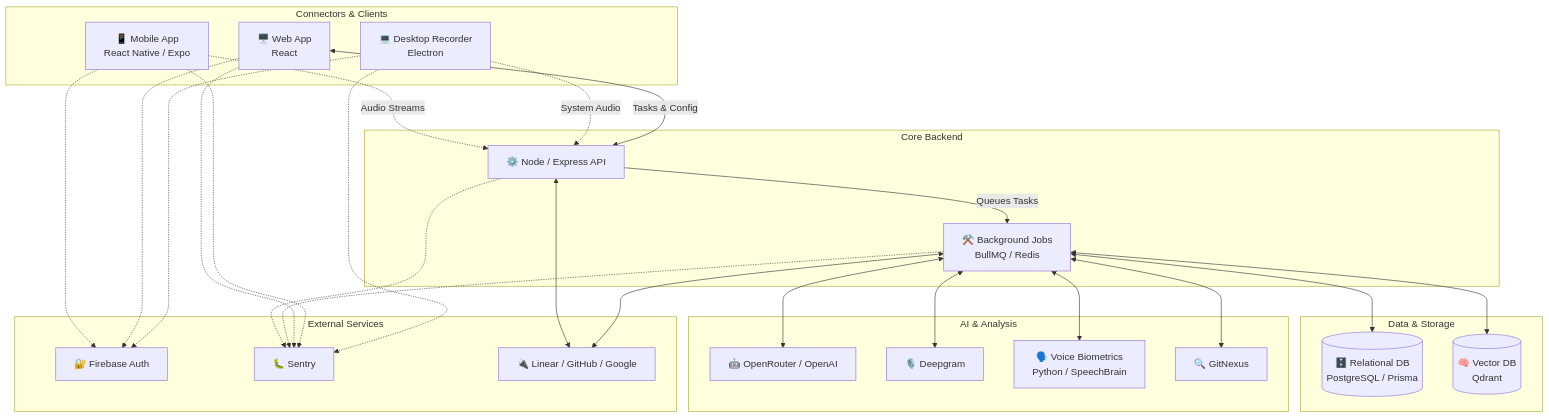
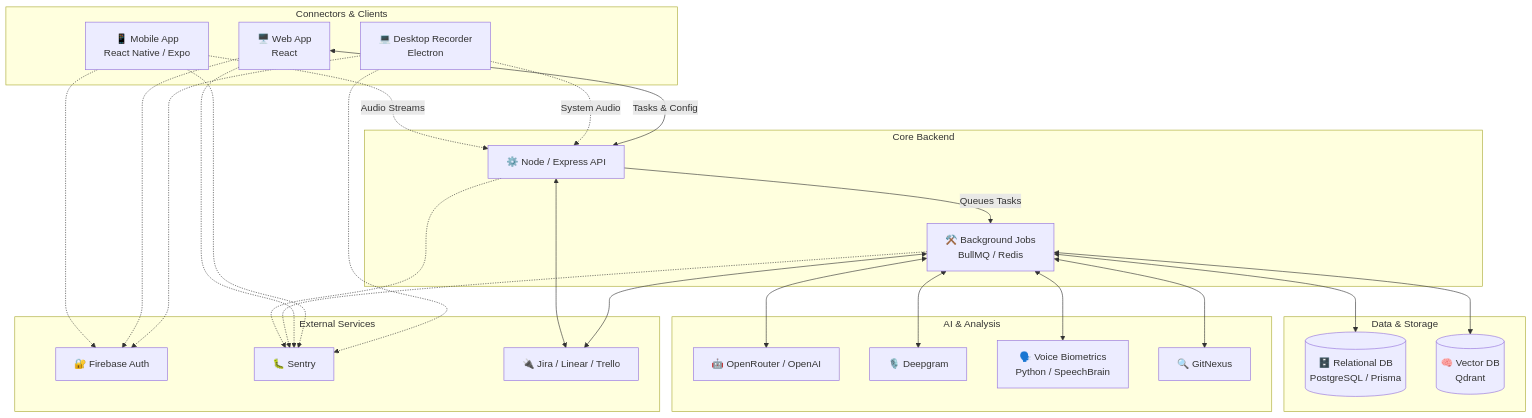
One commit to blueberrybytes/plan-ai changed the second of 2 diagrams in README.md. Above: the diagram before and after it, drawn with Mermaid. The commit also changed other lines of this file and 20 other files, not shown here.

````diff
--- a/README.md
+++ b/README.md
@@ -104,64 +104,64 @@
 ```mermaid
 graph TD
     %% Connectors
     subgraph Connectors[Connectors & Clients]
         Mobile[📱 Mobile App<br>React Native / Expo]
         Recorder[💻 Desktop Recorder<br>Electron]
         Web[🖥️ Web App<br>React]
     end
 
     %% API Layer
     subgraph Backend[Core Backend]
         API[⚙️ Node / Express API]
         Workers[⚒️ Background Jobs<br>BullMQ / Redis]
     end
 
     %% Data Layer
     subgraph DataLayer[Data & Storage]
         DB[(🗄️ Relational DB<br>PostgreSQL / Prisma)]
         VectorDB[(🧠 Vector DB<br>Qdrant)]
     end
 
     %% AI & Analysis
     subgraph Intelligence[AI & Analysis]
         LLMs[🤖 OpenRouter / OpenAI]
         Speech[🎙️ Deepgram]
         VoiceAI[🗣️ Voice Biometrics<br>Python / SpeechBrain]
         GitNexus[🔍 GitNexus]
     end
 
     %% External Services
     subgraph External[External Services]
         Auth[🔐 Firebase Auth]
         Monitor[🐛 Sentry]
-        Integrations[🔌 Linear / GitHub / Google]
+        Integrations[🔌 Jira / Linear / Trello]
     end
 
     %% Flow
     Mobile -.->|Audio Streams| API
     Recorder -.->|System Audio| API
     Web <-->|Tasks & Config| API
 
     Mobile -.-> Auth
     Web -.-> Auth
     Recorder -.-> Auth
     
     API -->|Queues Tasks| Workers
     
     API <--> Integrations
     Workers <--> Integrations
     
     Workers <--> DB
     Workers <--> VectorDB
     
     Workers <--> Speech
     Workers <--> VoiceAI
     Workers <--> LLMs
     Workers <--> GitNexus
 
     API -.-> Monitor
     Workers -.-> Monitor
     Web -.-> Monitor
     Mobile -.-> Monitor
     Recorder -.-> Monitor
 ```
````
